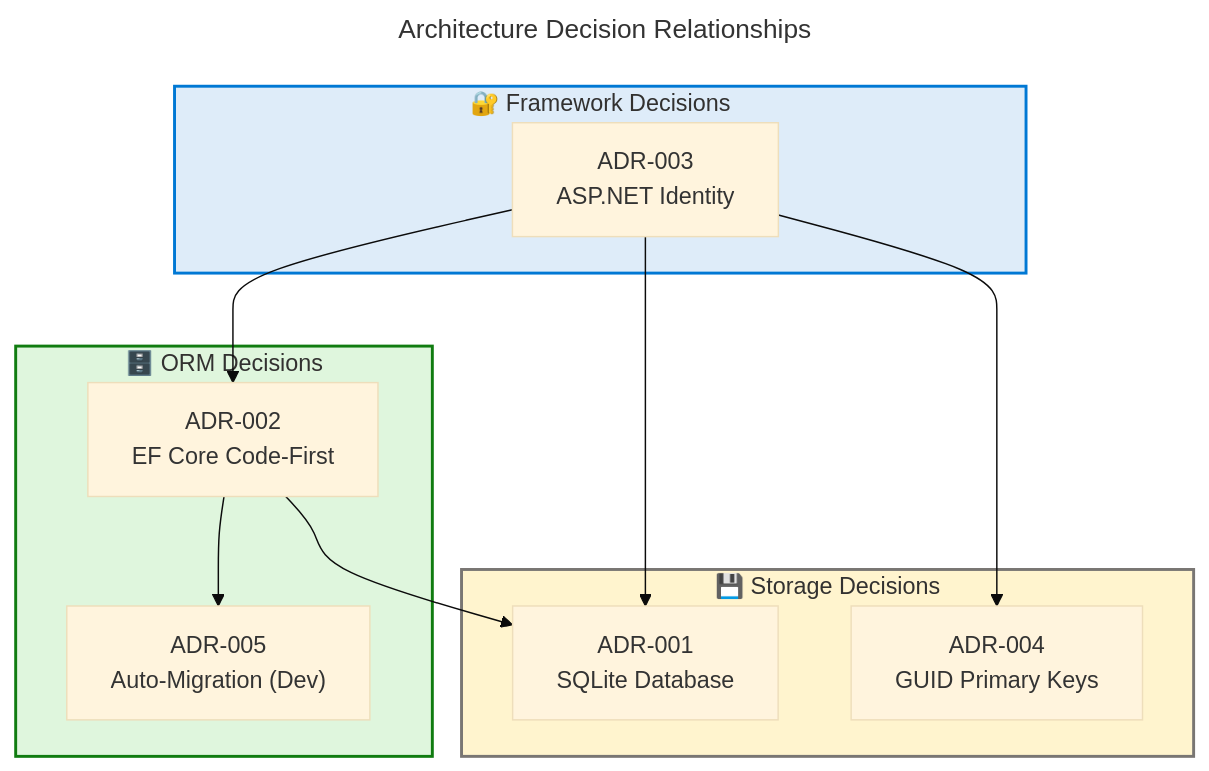
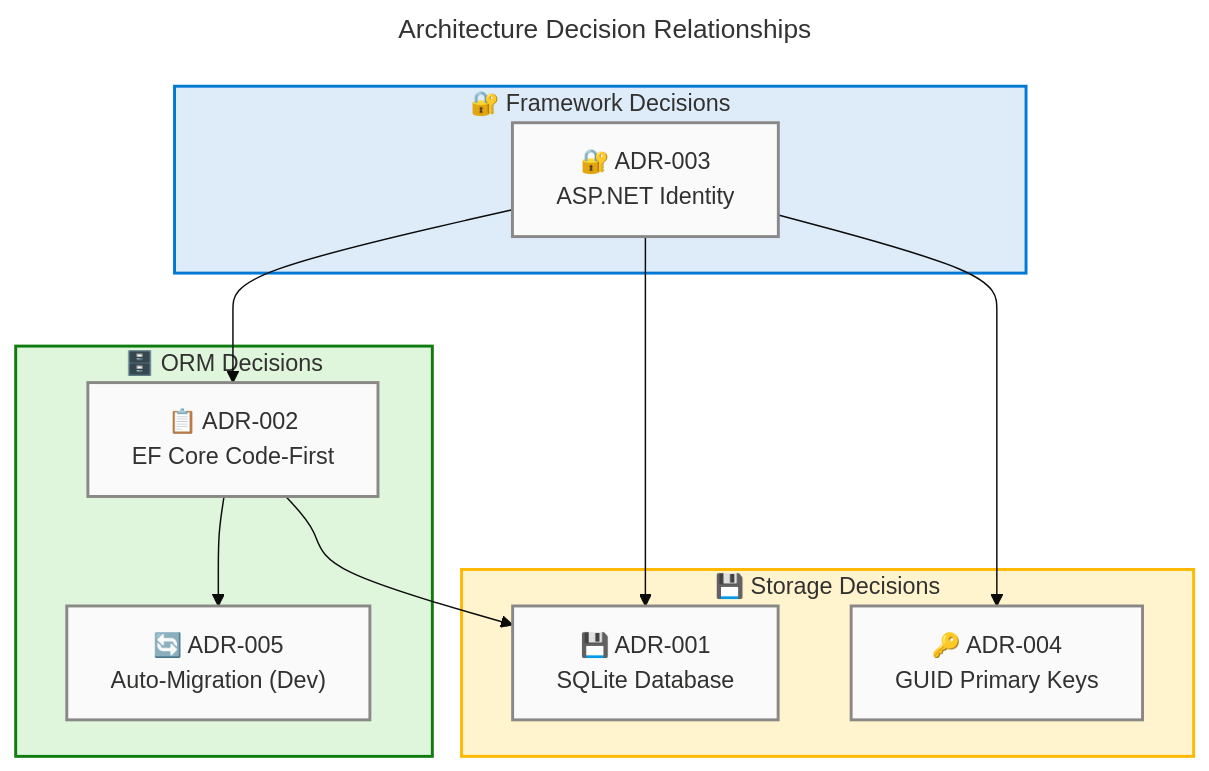
One commit to Evilazaro/IdentityProvider changed the ninth of 13 diagrams in docs/architecture/data-architecture.md. Above: the diagram before and after it, drawn with Mermaid. The commit also changed other lines of this file, not shown here.

Commit message:
Enhance data architecture diagrams with accessibility features and improved styling for clarity

````diff
--- a/docs/architecture/data-architecture.md
+++ b/docs/architecture/data-architecture.md
@@ -789,40 +864,50 @@
 ```mermaid
 ---
 title: Architecture Decision Relationships
 config:
   theme: base
   look: classic
   layout: dagre
   themeVariables:
     fontSize: '16px'
   flowchart:
     htmlLabels: true
 ---
 flowchart TB
     accTitle: Architecture Decision Relationships
     accDescr: Flowchart showing how key architectural decisions relate to each other and influence the overall data architecture
 
+    %% ── AZURE / FLUENT v1.1 ──────────────────────────────────
+    %% PHASE 1 — Structural ✔  direction explicit, nesting ≤ 3
+    %% PHASE 2 — Semantic   ✔  neutral-first, max 5 classes
+    %% PHASE 3 — Font       ✔  dark text on light bg
+    %% PHASE 4 — Accessibility ✔  accTitle + accDescr present
+    %% PHASE 5 — Standards  ✔  centralized classDefs below
+    %% ─────────────────────────────────────────────────────────
+
     subgraph STORAGE["💾 Storage Decisions"]
-        ADR1["ADR-001<br/>SQLite Database"]
-        ADR4["ADR-004<br/>GUID Primary Keys"]
+        ADR1["💾 ADR-001<br/>SQLite Database"]:::neutral
+        ADR4["🔑 ADR-004<br/>GUID Primary Keys"]:::neutral
     end
 
     subgraph ORM_DECISIONS["🗄️ ORM Decisions"]
-        ADR2["ADR-002<br/>EF Core Code-First"]
-        ADR5["ADR-005<br/>Auto-Migration (Dev)"]
+        ADR2["📋 ADR-002<br/>EF Core Code-First"]:::neutral
+        ADR5["🔄 ADR-005<br/>Auto-Migration (Dev)"]:::neutral
     end
 
     subgraph FRAMEWORK["🔐 Framework Decisions"]
-        ADR3["ADR-003<br/>ASP.NET Identity"]
+        ADR3["🔐 ADR-003<br/>ASP.NET Identity"]:::neutral
     end
 
     ADR3 --> ADR1
     ADR3 --> ADR2
     ADR3 --> ADR4
     ADR2 --> ADR5
     ADR2 --> ADR1
 
-    style STORAGE fill:#FFF4CE,stroke:#797673,stroke-width:2px,color:#323130
+    classDef neutral fill:#FAFAFA,stroke:#8A8886,stroke-width:2px,color:#323130
+
+    style STORAGE fill:#FFF4CE,stroke:#FFB900,stroke-width:2px,color:#323130
     style ORM_DECISIONS fill:#DFF6DD,stroke:#107C10,stroke-width:2px,color:#323130
     style FRAMEWORK fill:#DEECF9,stroke:#0078D4,stroke-width:2px,color:#323130
 ```
````
